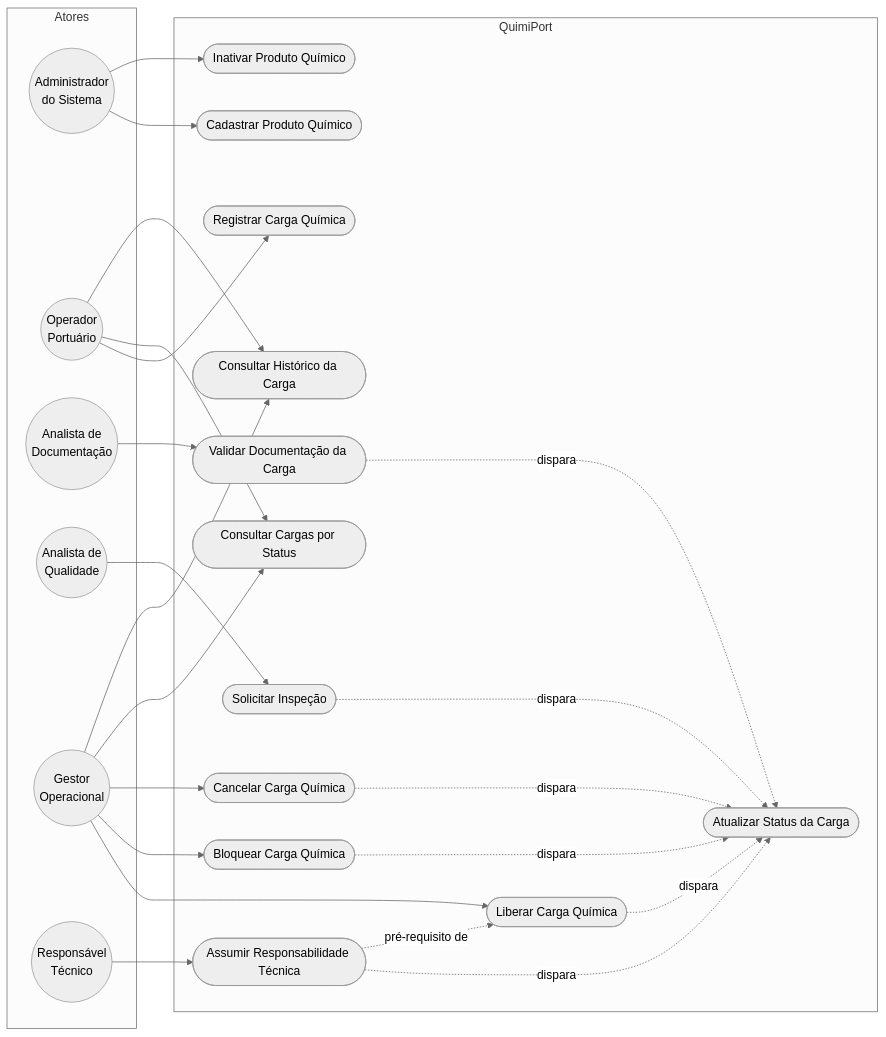
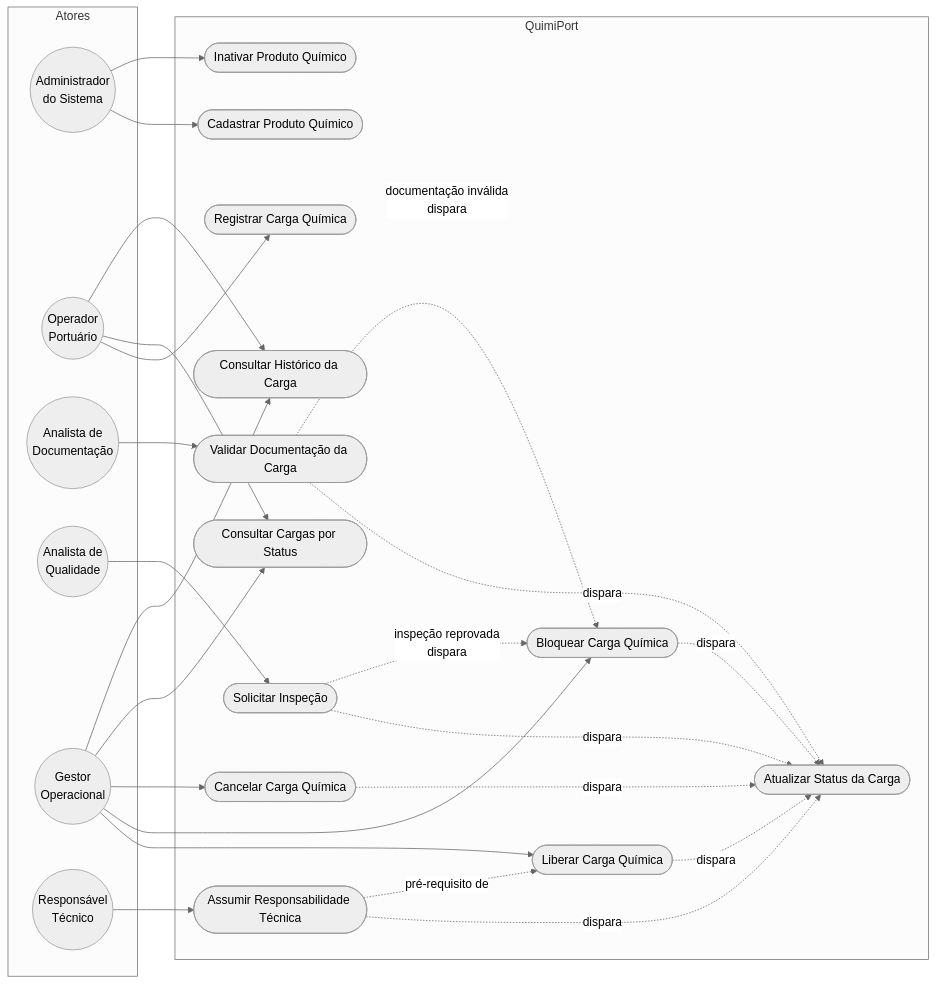
The first of 2 diagrams in docs/casos-de-uso.md (LuisCastanh0/quimiport), drawn with Mermaid (neutral theme) before and after one commit. The commit also changed other lines of this file and 11 other files, not shown here.

````diff
--- a/docs/casos-de-uso.md
+++ b/docs/casos-de-uso.md
@@ -9,48 +11,50 @@
 ```mermaid
 flowchart LR
     subgraph Atores
         AT1((Administrador<br/>do Sistema))
         AT2((Operador<br/>Portuário))
         AT3((Analista de<br/>Documentação))
         AT4((Analista de<br/>Qualidade))
         AT5((Gestor<br/>Operacional))
         AT6((Responsável<br/>Técnico))
     end
 
     subgraph SIS["QuimiPort"]
-        UC1([Cadastrar Produto Químico])
-        UC2([Inativar Produto Químico])
-        UC3([Registrar Carga Química])
-        UC4([Validar Documentação da Carga])
-        UC5([Solicitar Inspeção])
-        UC6([Liberar Carga Química])
-        UC7([Bloquear Carga Química])
-        UC8([Atualizar Status da Carga])
-        UC9([Cancelar Carga Química])
+        UC01([Cadastrar Produto Químico])
+        UC02([Inativar Produto Químico])
+        UC03([Registrar Carga Química])
+        UC04([Validar Documentação da Carga])
+        UC05([Solicitar Inspeção])
+        UC06([Liberar Carga Química])
+        UC07([Bloquear Carga Química])
+        UC08([Atualizar Status da Carga])
+        UC09([Cancelar Carga Química])
         UC10([Consultar Cargas por Status])
         UC11([Consultar Histórico da Carga])
         UC12([Assumir Responsabilidade Técnica])
     end
 
-    AT1 --> UC1
-    AT1 --> UC2
-    AT2 --> UC3
+    AT1 --> UC01
+    AT1 --> UC02
+    AT2 --> UC03
     AT2 --> UC10
     AT2 --> UC11
-    AT3 --> UC4
-    AT4 --> UC5
-    AT5 --> UC6
-    AT5 --> UC7
-    AT5 --> UC9
+    AT3 --> UC04
+    AT4 --> UC05
+    AT5 --> UC06
+    AT5 --> UC07
+    AT5 --> UC09
     AT5 --> UC10
     AT5 --> UC11
     AT6 --> UC12
 
-    UC4 -. dispara .-> UC8
-    UC5 -. dispara .-> UC8
-    UC6 -. dispara .-> UC8
-    UC7 -. dispara .-> UC8
-    UC9 -. dispara .-> UC8
-    UC12 -. dispara .-> UC8
-    UC12 -. pré-requisito de .-> UC6
+    UC04 -. dispara .-> UC08
+    UC04 -. documentação inválida\ndispara .-> UC07
+    UC05 -. dispara .-> UC08
+    UC05 -. inspeção reprovada\ndispara .-> UC07
+    UC06 -. dispara .-> UC08
+    UC07 -. dispara .-> UC08
+    UC09 -. dispara .-> UC08
+    UC12 -. dispara .-> UC08
+    UC12 -. pré-requisito de .-> UC06
 ```
````
